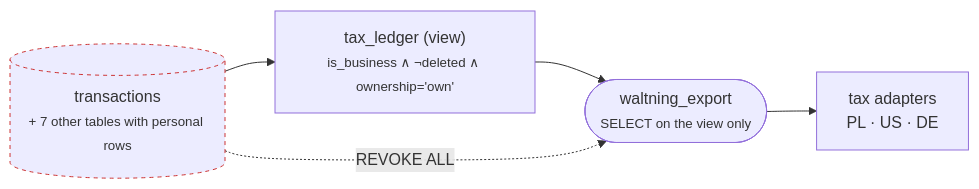
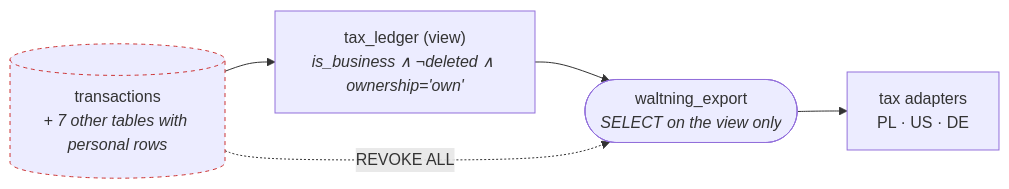
One commit to VoltLightning/waltning changed the second of 2 diagrams in docs/specification/architecture/03-domain-model.md. Above: the diagram before and after it, drawn with Mermaid. The commit also changed 15 other files, not shown here.

````diff
--- a/docs/specification/architecture/03-domain-model.md
+++ b/docs/specification/architecture/03-domain-model.md
@@ -120,12 +120,12 @@
 ```mermaid
 graph LR
-    T[("transactions<br/><small>+ 7 other tables with personal rows</small>")]
-    V["tax_ledger (view)<br/><small>is_business ∧ ¬deleted ∧ ownership='own'</small>"]
-    R(["waltning_export<br/><small>SELECT on the view only</small>"])
+    T[("transactions<br/><i>+ 7 other tables with personal rows</i>")]
+    V["tax_ledger (view)<br/><i>is_business ∧ ¬deleted ∧ ownership='own'</i>"]
+    R(["waltning_export<br/><i>SELECT on the view only</i>"])
     A["tax adapters<br/>PL · US · DE"]
     T --> V --> R --> A
     T -.->|"REVOKE ALL"| R
 
     classDef deny stroke-dasharray:4,stroke:#c33
     class T deny
 ```
````
